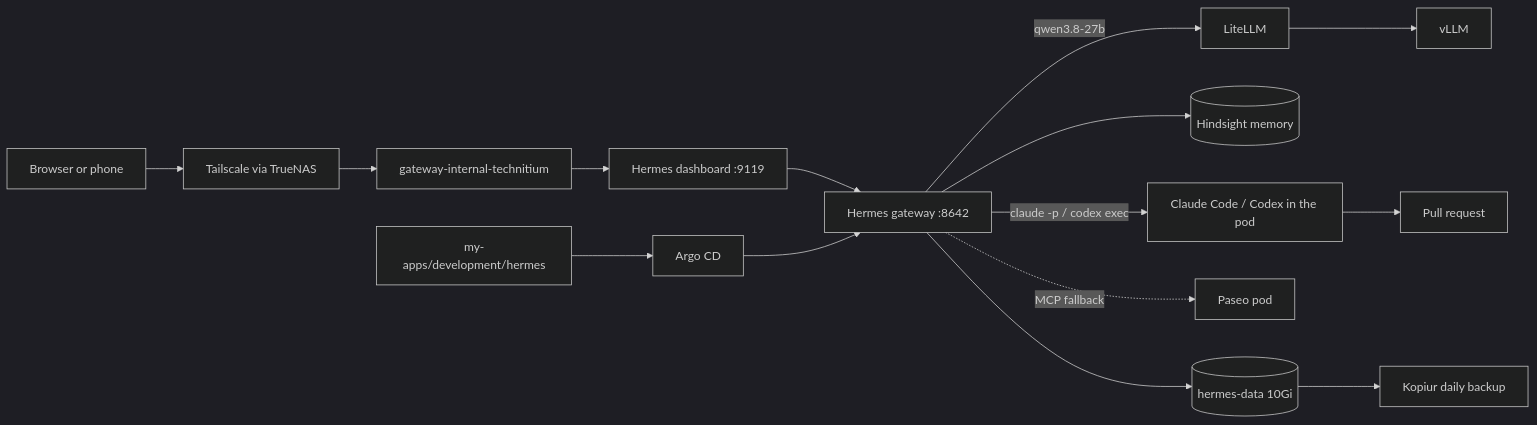
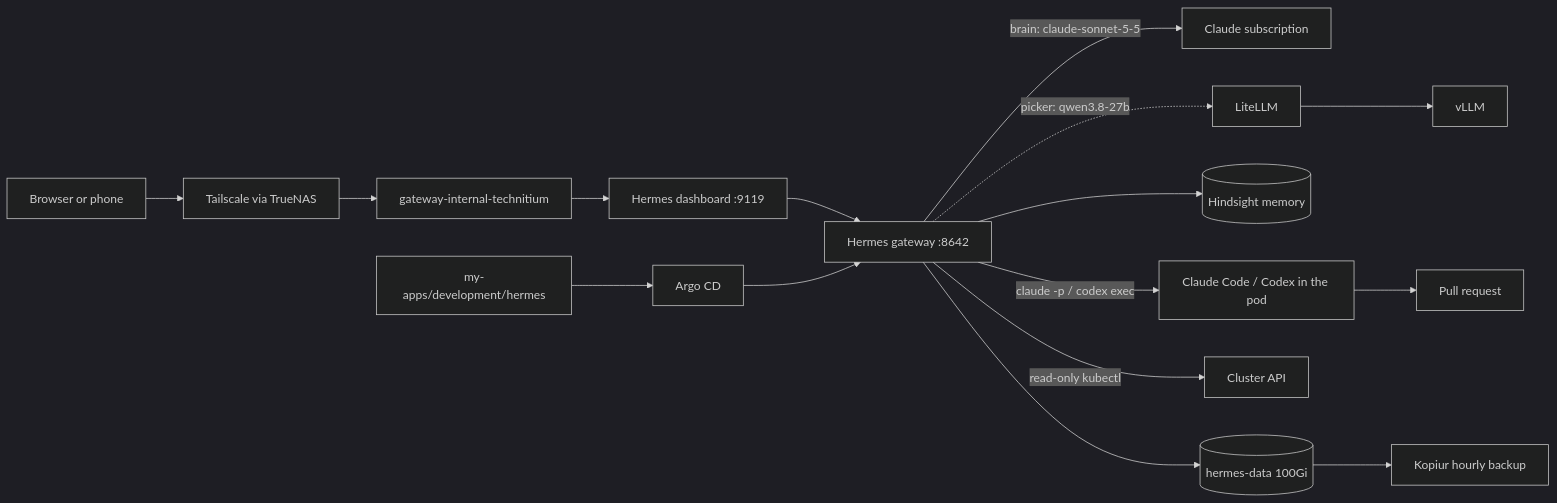
Before and after one commit to mitchross/talos-argocd-proxmox: the diagram in docs/domains/ai-gpu/hermes.md, drawn with Mermaid (dark theme). The commit also changed other lines of this file and 9 other files, not shown here.

First line of the commit message:
docs(hermes): replace the Paseo docs with the Hermes setup

````diff
--- a/docs/domains/ai-gpu/hermes.md
+++ b/docs/domains/ai-gpu/hermes.md
@@ -12,11 +16,12 @@
 ```mermaid
 flowchart LR
     Client[Browser or phone] --> TS[Tailscale via TrueNAS] --> GW[gateway-internal-technitium] --> Dash[Hermes dashboard :9119]
     Dash --> Gateway[Hermes gateway :8642]
-    Gateway -->|qwen3.8-27b| LiteLLM --> vLLM
+    Gateway -->|brain: claude-sonnet-5-5| Anthropic[Claude subscription]
+    Gateway -.->|picker: qwen3.8-27b| LiteLLM --> vLLM
     Gateway --> Hindsight[(Hindsight memory)]
     Gateway -->|claude -p / codex exec| Agents[Claude Code / Codex in the pod] --> GitHub[Pull request]
-    Gateway -.->|MCP fallback| Paseo[Paseo pod]
+    Gateway -->|read-only kubectl| K8s[Cluster API]
     Git[my-apps/development/hermes] --> Argo[Argo CD] --> Gateway
-    Gateway --> Vol[(hermes-data 10Gi)] --> Kopiur[Kopiur daily backup]
+    Gateway --> Vol[(hermes-data 100Gi)] --> Kopiur[Kopiur hourly backup]
 ```
````
